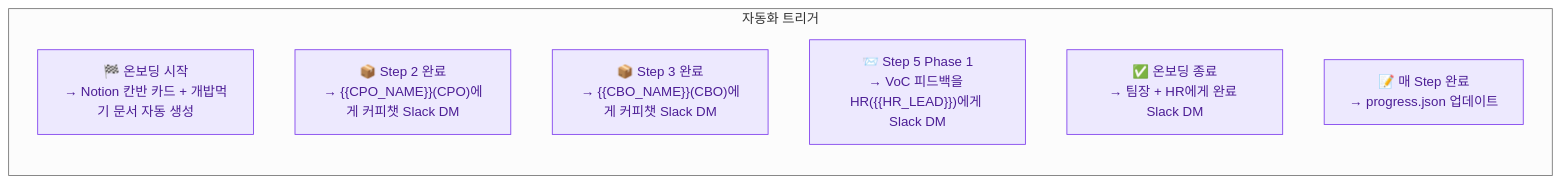
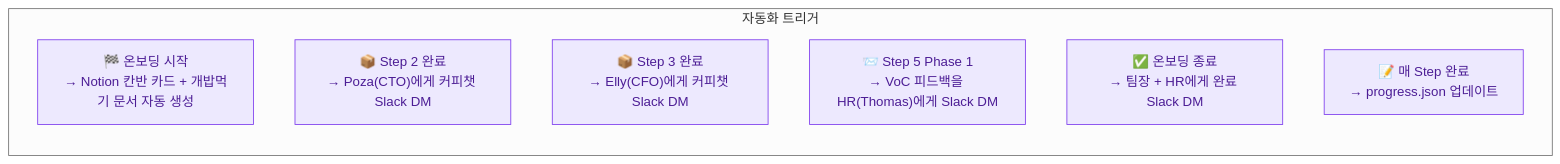
One commit to re111um/onboarding changed the third of 3 diagrams in docs/onboarding-flow.md. Above: the diagram before and after it, drawn with Mermaid (neutral theme). The commit also changed other lines of this file, not shown here.

````diff
--- a/docs/onboarding-flow.md
+++ b/docs/onboarding-flow.md
@@ -143,15 +143,15 @@
 ```mermaid
 flowchart LR
     subgraph TRIGGERS ["자동화 트리거"]
         direction TB
         T1["🏁 온보딩 시작<br/>→ Notion 칸반 카드 + 개밥먹기 문서 자동 생성"]
-        T2["📦 Step 2 완료<br/>→ {{CPO_NAME}}(CPO)에게 커피챗 Slack DM"]
-        T3["📦 Step 3 완료<br/>→ {{CBO_NAME}}(CBO)에게 커피챗 Slack DM"]
-        T4["📨 Step 5 Phase 1<br/>→ VoC 피드백을 HR({{HR_LEAD}})에게 Slack DM"]
+        T2["📦 Step 2 완료<br/>→ Poza(CTO)에게 커피챗 Slack DM"]
+        T3["📦 Step 3 완료<br/>→ Elly(CFO)에게 커피챗 Slack DM"]
+        T4["📨 Step 5 Phase 1<br/>→ VoC 피드백을 HR(Thomas)에게 Slack DM"]
         T5["✅ 온보딩 종료<br/>→ 팀장 + HR에게 완료 Slack DM"]
         T6["📝 매 Step 완료<br/>→ progress.json 업데이트"]
     end
 
     classDef triggerNode fill:#ede9fe,stroke:#7c3aed,stroke-width:1px,color:#4c1d95
     class T1,T2,T3,T4,T5,T6 triggerNode
 ```
````
